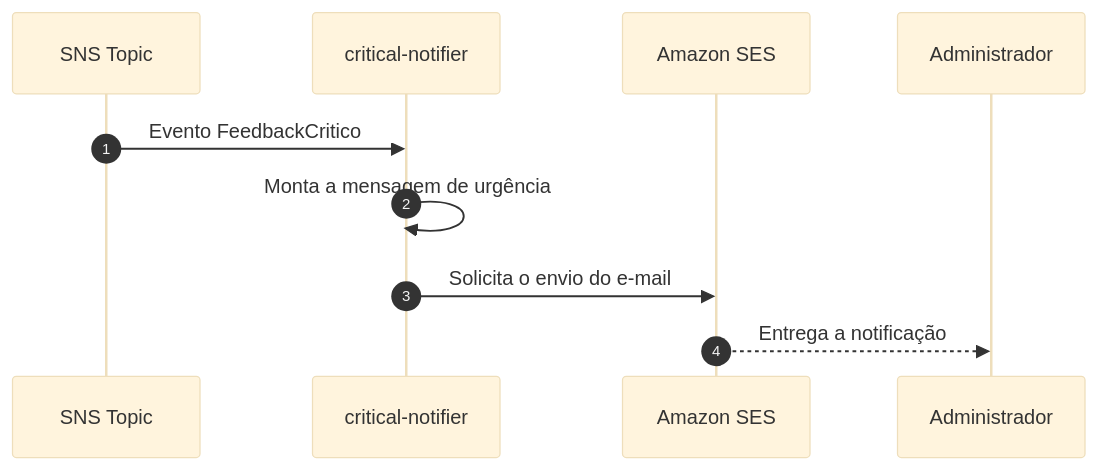
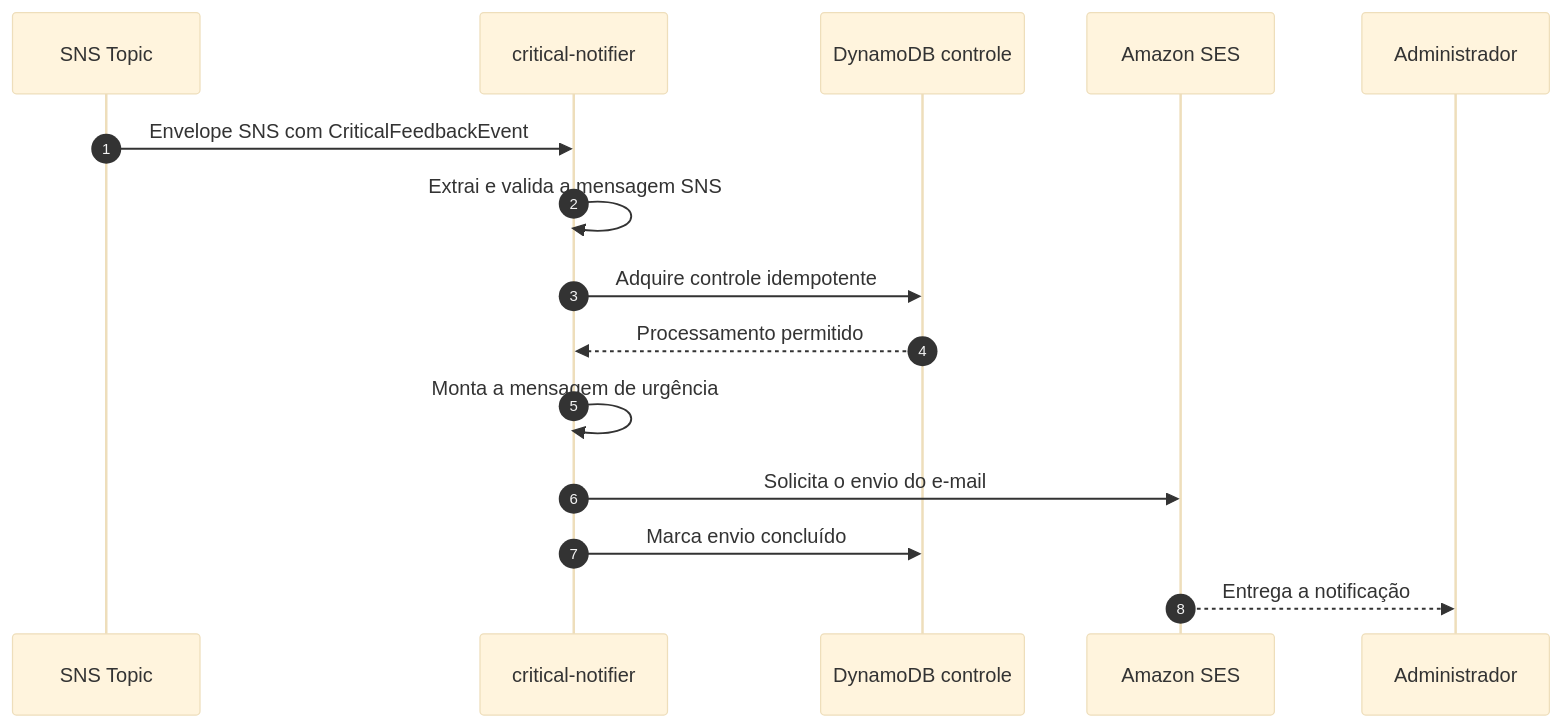
One commit to HugoOliveiraSoares/tech-challenge-iv changed the diagram in docs/diagrams/critical-notification.mmd. Above: the diagram before and after it, drawn with Mermaid (base theme). The commit also changed 12 other files, not shown here.

```diff
--- a/docs/diagrams/critical-notification.mmd
+++ b/docs/diagrams/critical-notification.mmd
@@ -1,11 +1,16 @@
 sequenceDiagram
     autonumber
     participant SNS as SNS Topic
     participant Lambda as critical-notifier
+    participant Control as DynamoDB controle
     participant SES as Amazon SES
     participant Admin as Administrador
 
-    SNS->>Lambda: Evento FeedbackCritico
+    SNS->>Lambda: Envelope SNS com CriticalFeedbackEvent
+    Lambda->>Lambda: Extrai e valida a mensagem SNS
+    Lambda->>Control: Adquire controle idempotente
+    Control-->>Lambda: Processamento permitido
     Lambda->>Lambda: Monta a mensagem de urgência
     Lambda->>SES: Solicita o envio do e-mail
+    Lambda->>Control: Marca envio concluído
     SES-->>Admin: Entrega a notificação
```
